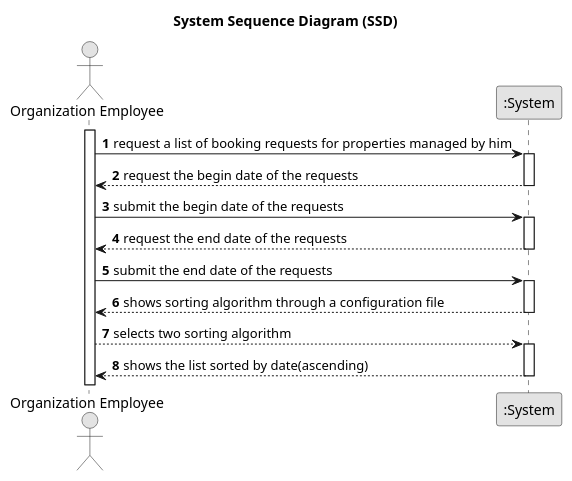
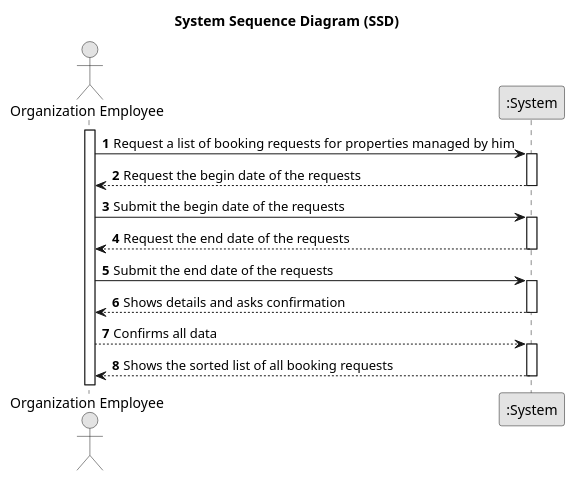
One commit to Rodrick0209/ISEP-LAPR2-22-23 changed the diagram in docs/Sprint-D/US015/01.requirements-engineering/puml/us015-system-sequence-diagram.puml. Above: the diagram before and after it, drawn with PlantUML. The commit also changed 13 other files, not shown here.

```diff
--- a/docs/Sprint-D/US015/01.requirements-engineering/puml/us015-system-sequence-diagram.puml
+++ b/docs/Sprint-D/US015/01.requirements-engineering/puml/us015-system-sequence-diagram.puml
@@ -1,40 +1,40 @@
 @startuml
 skinparam monochrome true
 skinparam packageStyle rectangle
 skinparam shadowing false
 
 title System Sequence Diagram (SSD)
 autonumber
 
 actor "Organization Employee" as Employee
 participant ":System" as System
 
 activate Employee
 
-    Employee -> System : request a list of booking requests for properties managed by him
+    Employee -> System : Request a list of booking requests for properties managed by him
     activate System
 
-        System --> Employee : request the begin date of the requests
+        System --> Employee : Request the begin date of the requests
     deactivate System
 
-    Employee -> System : submit the begin date of the requests
+    Employee -> System : Submit the begin date of the requests
     activate System
 
-        System --> Employee : request the end date of the requests
+        System --> Employee : Request the end date of the requests
     deactivate System
 
-    Employee -> System : submit the end date of the requests
+    Employee -> System : Submit the end date of the requests
     activate System
 
-    System --> Employee : shows sorting algorithm through a configuration file
+    System --> Employee : Shows details and asks confirmation
     deactivate System
 
-    Employee --> System : selects two sorting algorithm
+    Employee --> System : Confirms all data
     activate System
 
-    System --> Employee : shows the list sorted by date(ascending)
+    System --> Employee : Shows the sorted list of all booking requests
     deactivate System
 
 
 
 @enduml
```
